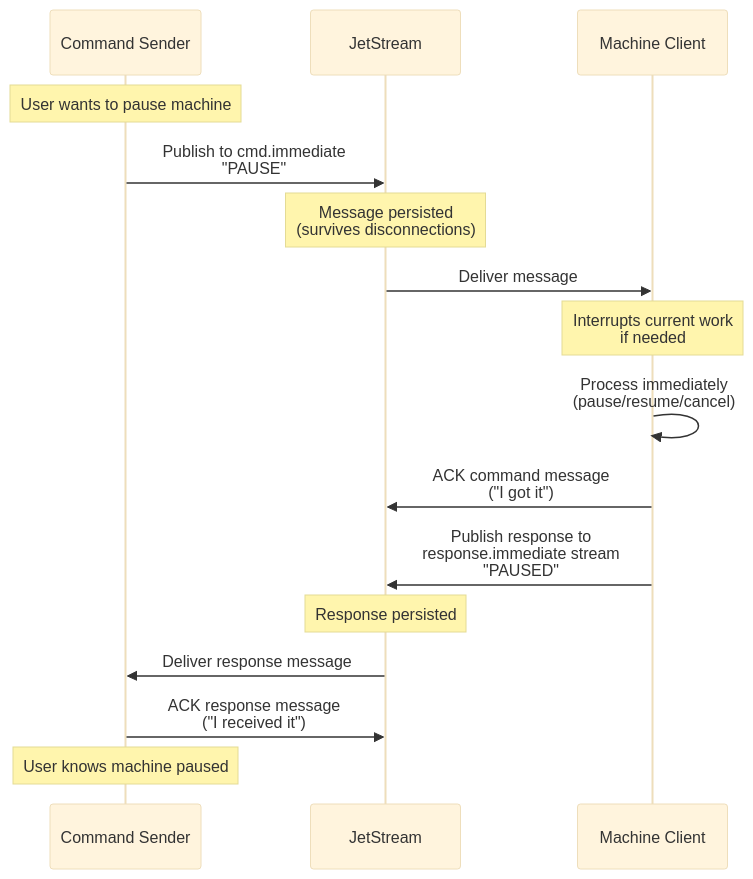
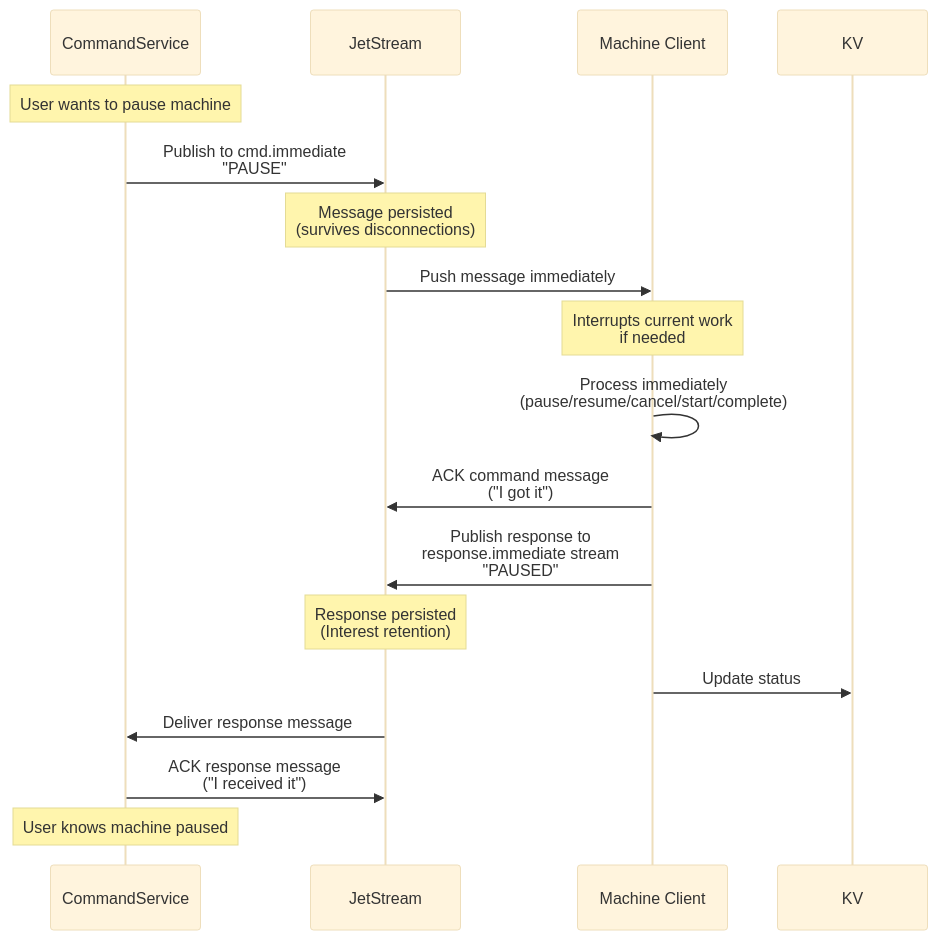
The tenth of 13 diagrams in docs/nats_architecture_diagram.md (PUDAP/puda), drawn with Mermaid (base theme) before and after one commit. The commit also changed other lines of this file and 4 other files, not shown here.

Commit message:
docs: update nats architecture

````diff
--- a/docs/nats_architecture_diagram.md
+++ b/docs/nats_architecture_diagram.md
@@ -497,19 +611,20 @@
 ```mermaid
 sequenceDiagram
-    participant Sender as Command Sender
+    participant Sender as CommandService
     participant JS as JetStream
     participant Machine as Machine Client
     
     Note over Sender: User wants to pause machine
     Sender->>JS: Publish to cmd.immediate<br/>"PAUSE"
     Note over JS: Message persisted<br/>(survives disconnections)
-    JS->>Machine: Deliver message
+    JS->>Machine: Push message immediately
     Note over Machine: Interrupts current work<br/>if needed
-    Machine->>Machine: Process immediately<br/>(pause/resume/cancel)
+    Machine->>Machine: Process immediately<br/>(pause/resume/cancel/start/complete)
     Machine->>JS: ACK command message<br/>("I got it")
     Machine->>JS: Publish response to<br/>response.immediate stream<br/>"PAUSED"
-    Note over JS: Response persisted
+    Note over JS: Response persisted<br/>(Interest retention)
+    Machine->>KV: Update status
     JS->>Sender: Deliver response message
     Sender->>JS: ACK response message<br/>("I received it")
     Note over Sender: User knows machine paused
 ```
````
